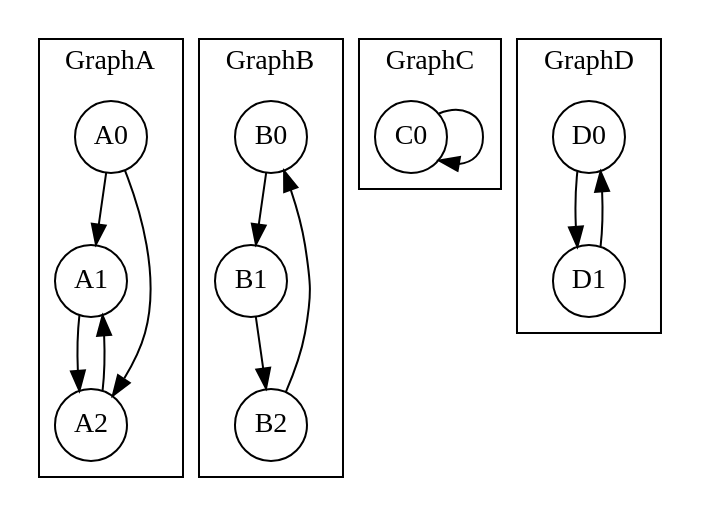
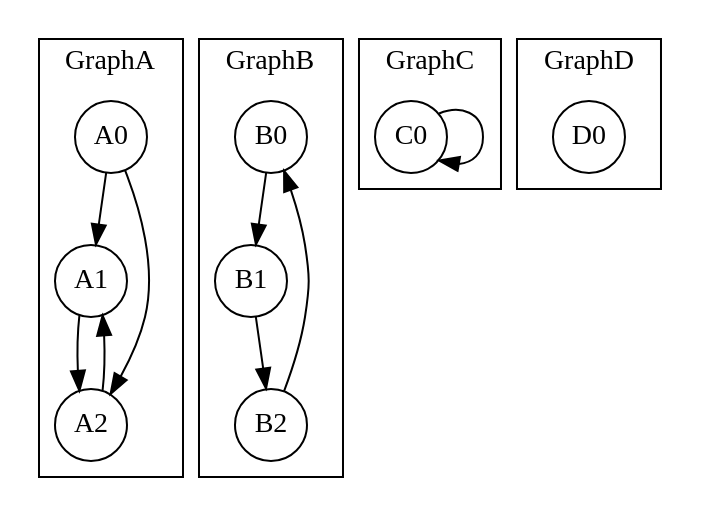
One commit to sinotca529/glab-seminar changed the fourth of 5 diagrams in src/mc5/mc5.1.md. Above: the diagram before and after it, drawn with Graphviz. The commit also changed other lines of this file and 6 other files, not shown here.

````diff
--- a/src/mc5/mc5.1.md
+++ b/src/mc5/mc5.1.md
@@ -187,32 +199,32 @@
 ```graphviz
 digraph G {
     graph [rankdir=TB]
     node [shape=circle, style=filled, fillcolor="white", fixedsize="true", compound=true]
 
     subgraph cluster_A {
         label="GraphA"
         labelloc = "t"
         labeljust = "l"
         A0 -> A1 -> A2
         A0 -> A2 -> A1
     };
     subgraph cluster_B {
         label="GraphB"
         labelloc = "t"
         labeljust = "l"
         B0 -> B1 -> B2 -> B0
     }
     subgraph cluster_C {
         label="GraphC"
         labelloc = "t"
         labeljust = "l"
         C0 -> C0
     }
     subgraph cluster_D {
         label="GraphD"
         labelloc = "t"
         labeljust = "l"
-        D0 -> D1 -> D0
+        D0
     }
 }
 ```
````
